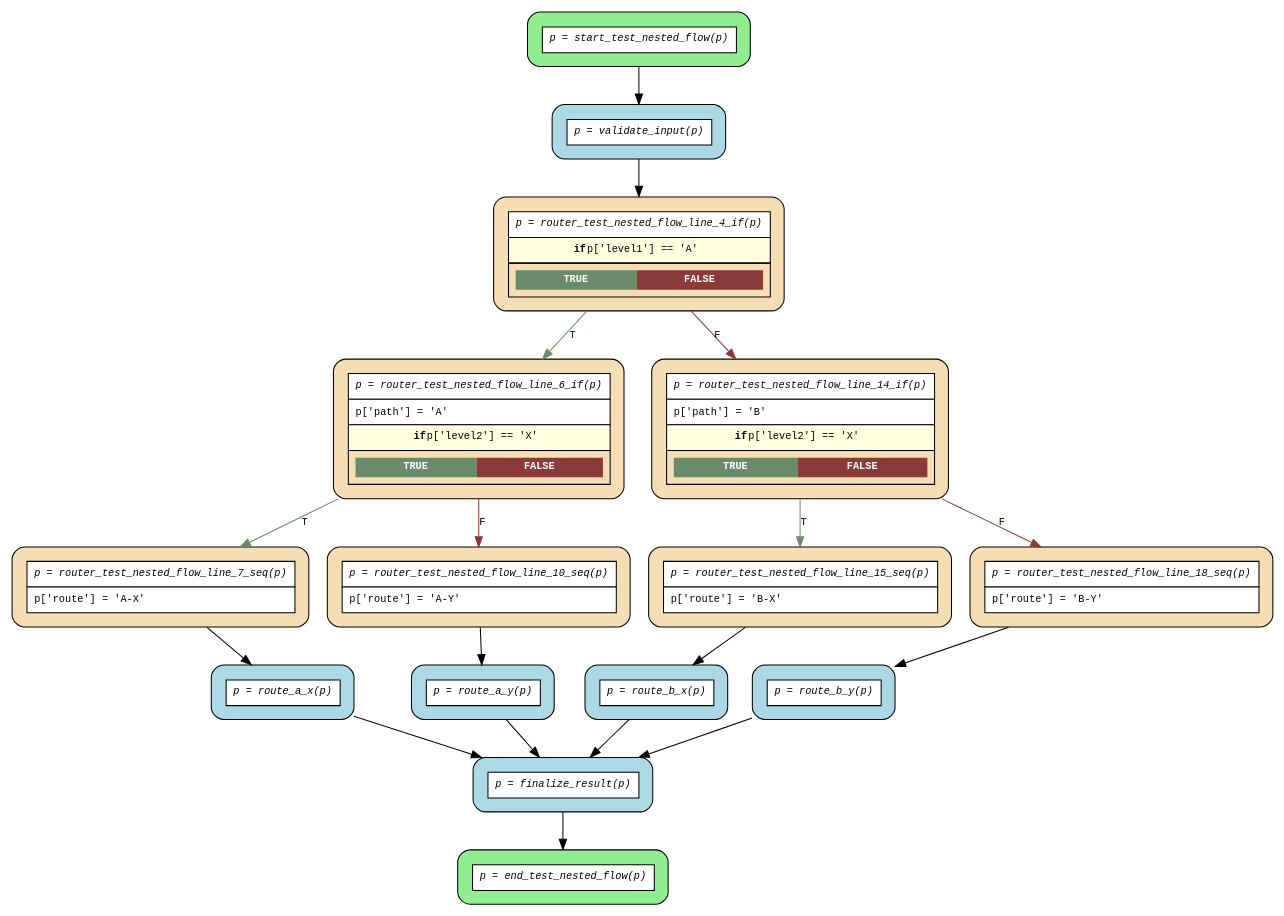
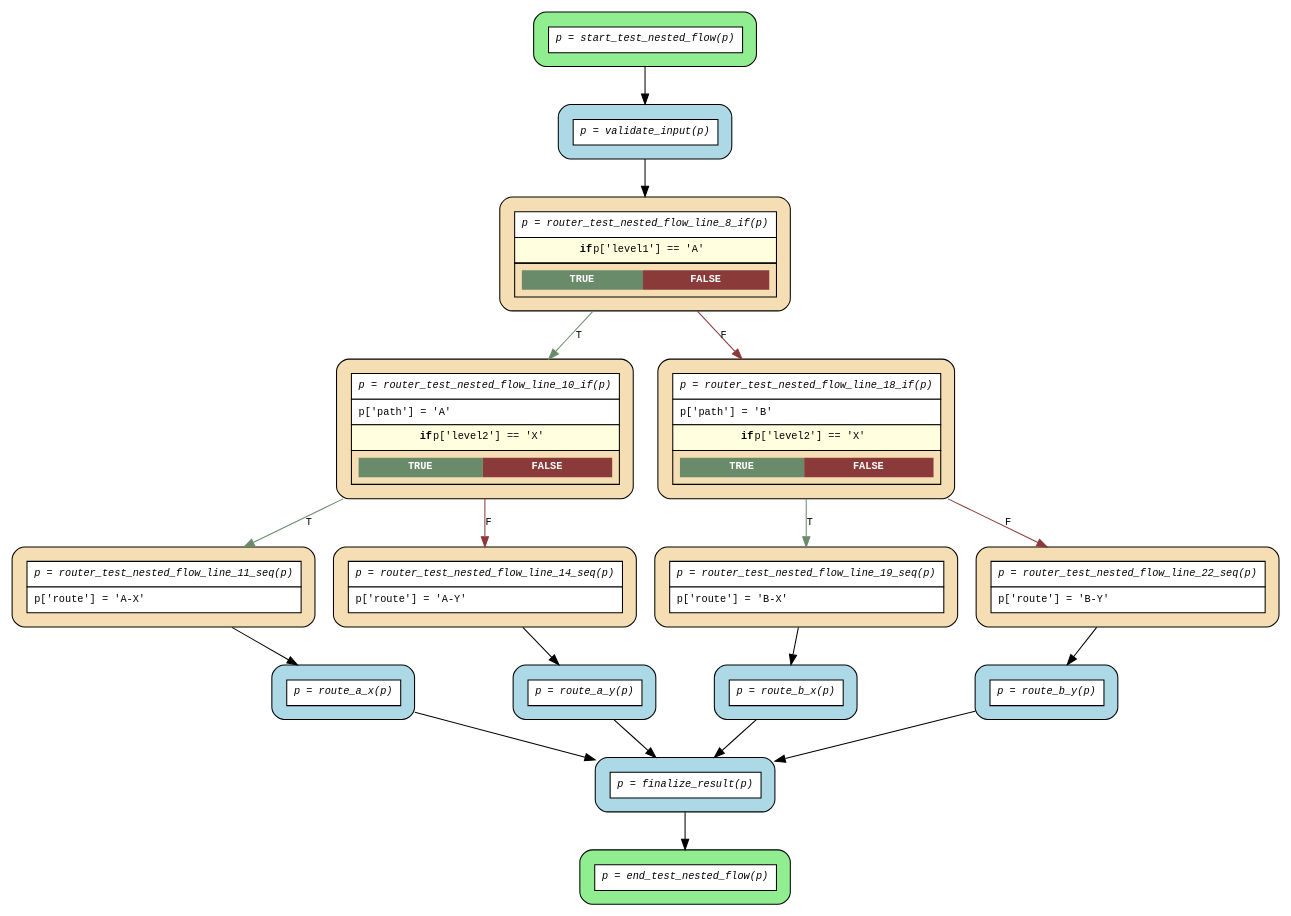
One commit to deliveryhero/asya changed the diagram in src/asya-testing/asya_testing/flows/nested_if/compiled/flow.dot. Above: the diagram before and after it, drawn with Graphviz. The commit also changed 252 other files, not shown here.

First line of the commit message:
fix(flow): add @flow decorator requirement to flow entry points

```diff
--- a/src/asya-testing/asya_testing/flows/nested_if/compiled/flow.dot
+++ b/src/asya-testing/asya_testing/flows/nested_if/compiled/flow.dot
@@ -1,40 +1,40 @@
 digraph flow {
   rankdir=TB;
   graph [fontname="Courier", fontsize=10];
   node [fontname="Courier", fontsize=10, shape=box, style="filled,rounded", margin="0.2"];
   edge [fontname="Courier", fontsize=10];
 
   start_test_nested_flow [fillcolor="lightgreen", group="main", label=<<table border="0" cellspacing="0" cellpadding="6" cellborder="1"><tr><td bgcolor="white" align="center"><i>p = start_test_nested_flow(p)</i></td></tr></table>>];
-  router_test_nested_flow_line_7_seq [fillcolor="wheat", group="main", label=<<table border="0" cellspacing="0" cellpadding="6" cellborder="1"><tr><td bgcolor="white" align="center"><i>p = router_test_nested_flow_line_7_seq(p)</i></td></tr><tr><td bgcolor="white" align="left">p['route'] = 'A-X'</td></tr></table>>];
-  router_test_nested_flow_line_10_seq [fillcolor="wheat", group="main", label=<<table border="0" cellspacing="0" cellpadding="6" cellborder="1"><tr><td bgcolor="white" align="center"><i>p = router_test_nested_flow_line_10_seq(p)</i></td></tr><tr><td bgcolor="white" align="left">p['route'] = 'A-Y'</td></tr></table>>];
-  router_test_nested_flow_line_6_if [fillcolor="wheat", group="main", label=<<table border="0" cellspacing="0" cellpadding="6" cellborder="1"><tr><td bgcolor="white" align="center"><i>p = router_test_nested_flow_line_6_if(p)</i></td></tr><tr><td bgcolor="white" align="left">p['path'] = 'A'</td></tr><tr><td bgcolor="lightyellow"><b>if</b> p['level2'] == 'X'</td></tr><tr><td><table border="0" cellspacing="0" cellpadding="4"><tr><td bgcolor="darkseagreen4"><font color="white"><b>TRUE</b></font></td><td bgcolor="indianred4"><font color="white"><b>FALSE</b></font></td></tr></table></td></tr></table>>];
-  router_test_nested_flow_line_15_seq [fillcolor="wheat", group="main", label=<<table border="0" cellspacing="0" cellpadding="6" cellborder="1"><tr><td bgcolor="white" align="center"><i>p = router_test_nested_flow_line_15_seq(p)</i></td></tr><tr><td bgcolor="white" align="left">p['route'] = 'B-X'</td></tr></table>>];
-  router_test_nested_flow_line_18_seq [fillcolor="wheat", group="main", label=<<table border="0" cellspacing="0" cellpadding="6" cellborder="1"><tr><td bgcolor="white" align="center"><i>p = router_test_nested_flow_line_18_seq(p)</i></td></tr><tr><td bgcolor="white" align="left">p['route'] = 'B-Y'</td></tr></table>>];
-  router_test_nested_flow_line_14_if [fillcolor="wheat", group="main", label=<<table border="0" cellspacing="0" cellpadding="6" cellborder="1"><tr><td bgcolor="white" align="center"><i>p = router_test_nested_flow_line_14_if(p)</i></td></tr><tr><td bgcolor="white" align="left">p['path'] = 'B'</td></tr><tr><td bgcolor="lightyellow"><b>if</b> p['level2'] == 'X'</td></tr><tr><td><table border="0" cellspacing="0" cellpadding="4"><tr><td bgcolor="darkseagreen4"><font color="white"><b>TRUE</b></font></td><td bgcolor="indianred4"><font color="white"><b>FALSE</b></font></td></tr></table></td></tr></table>>];
-  router_test_nested_flow_line_4_if [fillcolor="wheat", group="main", label=<<table border="0" cellspacing="0" cellpadding="6" cellborder="1"><tr><td bgcolor="white" align="center"><i>p = router_test_nested_flow_line_4_if(p)</i></td></tr><tr><td bgcolor="lightyellow"><b>if</b> p['level1'] == 'A'</td></tr><tr><td><table border="0" cellspacing="0" cellpadding="4"><tr><td bgcolor="darkseagreen4"><font color="white"><b>TRUE</b></font></td><td bgcolor="indianred4"><font color="white"><b>FALSE</b></font></td></tr></table></td></tr></table>>];
+  router_test_nested_flow_line_11_seq [fillcolor="wheat", group="main", label=<<table border="0" cellspacing="0" cellpadding="6" cellborder="1"><tr><td bgcolor="white" align="center"><i>p = router_test_nested_flow_line_11_seq(p)</i></td></tr><tr><td bgcolor="white" align="left">p['route'] = 'A-X'</td></tr></table>>];
+  router_test_nested_flow_line_14_seq [fillcolor="wheat", group="main", label=<<table border="0" cellspacing="0" cellpadding="6" cellborder="1"><tr><td bgcolor="white" align="center"><i>p = router_test_nested_flow_line_14_seq(p)</i></td></tr><tr><td bgcolor="white" align="left">p['route'] = 'A-Y'</td></tr></table>>];
+  router_test_nested_flow_line_10_if [fillcolor="wheat", group="main", label=<<table border="0" cellspacing="0" cellpadding="6" cellborder="1"><tr><td bgcolor="white" align="center"><i>p = router_test_nested_flow_line_10_if(p)</i></td></tr><tr><td bgcolor="white" align="left">p['path'] = 'A'</td></tr><tr><td bgcolor="lightyellow"><b>if</b> p['level2'] == 'X'</td></tr><tr><td><table border="0" cellspacing="0" cellpadding="4"><tr><td bgcolor="darkseagreen4"><font color="white"><b>TRUE</b></font></td><td bgcolor="indianred4"><font color="white"><b>FALSE</b></font></td></tr></table></td></tr></table>>];
+  router_test_nested_flow_line_19_seq [fillcolor="wheat", group="main", label=<<table border="0" cellspacing="0" cellpadding="6" cellborder="1"><tr><td bgcolor="white" align="center"><i>p = router_test_nested_flow_line_19_seq(p)</i></td></tr><tr><td bgcolor="white" align="left">p['route'] = 'B-X'</td></tr></table>>];
+  router_test_nested_flow_line_22_seq [fillcolor="wheat", group="main", label=<<table border="0" cellspacing="0" cellpadding="6" cellborder="1"><tr><td bgcolor="white" align="center"><i>p = router_test_nested_flow_line_22_seq(p)</i></td></tr><tr><td bgcolor="white" align="left">p['route'] = 'B-Y'</td></tr></table>>];
+  router_test_nested_flow_line_18_if [fillcolor="wheat", group="main", label=<<table border="0" cellspacing="0" cellpadding="6" cellborder="1"><tr><td bgcolor="white" align="center"><i>p = router_test_nested_flow_line_18_if(p)</i></td></tr><tr><td bgcolor="white" align="left">p['path'] = 'B'</td></tr><tr><td bgcolor="lightyellow"><b>if</b> p['level2'] == 'X'</td></tr><tr><td><table border="0" cellspacing="0" cellpadding="4"><tr><td bgcolor="darkseagreen4"><font color="white"><b>TRUE</b></font></td><td bgcolor="indianred4"><font color="white"><b>FALSE</b></font></td></tr></table></td></tr></table>>];
+  router_test_nested_flow_line_8_if [fillcolor="wheat", group="main", label=<<table border="0" cellspacing="0" cellpadding="6" cellborder="1"><tr><td bgcolor="white" align="center"><i>p = router_test_nested_flow_line_8_if(p)</i></td></tr><tr><td bgcolor="lightyellow"><b>if</b> p['level1'] == 'A'</td></tr><tr><td><table border="0" cellspacing="0" cellpadding="4"><tr><td bgcolor="darkseagreen4"><font color="white"><b>TRUE</b></font></td><td bgcolor="indianred4"><font color="white"><b>FALSE</b></font></td></tr></table></td></tr></table>>];
   end_test_nested_flow [fillcolor="lightgreen", group="main", label=<<table border="0" cellspacing="0" cellpadding="6" cellborder="1"><tr><td bgcolor="white" align="center"><i>p = end_test_nested_flow(p)</i></td></tr></table>>];
   finalize_result [fillcolor="lightblue", label=<<table border="0" cellspacing="0" cellpadding="6" cellborder="1"><tr><td bgcolor="white" align="center"><i>p = finalize_result(p)</i></td></tr></table>>];
   route_a_x [fillcolor="lightblue", label=<<table border="0" cellspacing="0" cellpadding="6" cellborder="1"><tr><td bgcolor="white" align="center"><i>p = route_a_x(p)</i></td></tr></table>>];
   route_a_y [fillcolor="lightblue", label=<<table border="0" cellspacing="0" cellpadding="6" cellborder="1"><tr><td bgcolor="white" align="center"><i>p = route_a_y(p)</i></td></tr></table>>];
   route_b_x [fillcolor="lightblue", label=<<table border="0" cellspacing="0" cellpadding="6" cellborder="1"><tr><td bgcolor="white" align="center"><i>p = route_b_x(p)</i></td></tr></table>>];
   route_b_y [fillcolor="lightblue", label=<<table border="0" cellspacing="0" cellpadding="6" cellborder="1"><tr><td bgcolor="white" align="center"><i>p = route_b_y(p)</i></td></tr></table>>];
   validate_input [fillcolor="lightblue", label=<<table border="0" cellspacing="0" cellpadding="6" cellborder="1"><tr><td bgcolor="white" align="center"><i>p = validate_input(p)</i></td></tr></table>>];
 
   finalize_result -> end_test_nested_flow;
   route_a_x -> finalize_result;
   route_a_y -> finalize_result;
   route_b_x -> finalize_result;
   route_b_y -> finalize_result;
-  router_test_nested_flow_line_10_seq -> route_a_y;
-  router_test_nested_flow_line_14_if -> router_test_nested_flow_line_15_seq [label="T", color=darkseagreen4];
-  router_test_nested_flow_line_14_if -> router_test_nested_flow_line_18_seq [label="F", color=indianred4];
-  router_test_nested_flow_line_15_seq -> route_b_x;
-  router_test_nested_flow_line_18_seq -> route_b_y;
-  router_test_nested_flow_line_4_if -> router_test_nested_flow_line_14_if [label="F", color=indianred4];
-  router_test_nested_flow_line_4_if -> router_test_nested_flow_line_6_if [label="T", color=darkseagreen4];
-  router_test_nested_flow_line_6_if -> router_test_nested_flow_line_10_seq [label="F", color=indianred4];
-  router_test_nested_flow_line_6_if -> router_test_nested_flow_line_7_seq [label="T", color=darkseagreen4];
-  router_test_nested_flow_line_7_seq -> route_a_x;
+  router_test_nested_flow_line_10_if -> router_test_nested_flow_line_11_seq [label="T", color=darkseagreen4];
+  router_test_nested_flow_line_10_if -> router_test_nested_flow_line_14_seq [label="F", color=indianred4];
+  router_test_nested_flow_line_11_seq -> route_a_x;
+  router_test_nested_flow_line_14_seq -> route_a_y;
+  router_test_nested_flow_line_18_if -> router_test_nested_flow_line_19_seq [label="T", color=darkseagreen4];
+  router_test_nested_flow_line_18_if -> router_test_nested_flow_line_22_seq [label="F", color=indianred4];
+  router_test_nested_flow_line_19_seq -> route_b_x;
+  router_test_nested_flow_line_22_seq -> route_b_y;
+  router_test_nested_flow_line_8_if -> router_test_nested_flow_line_10_if [label="T", color=darkseagreen4];
+  router_test_nested_flow_line_8_if -> router_test_nested_flow_line_18_if [label="F", color=indianred4];
   start_test_nested_flow -> validate_input;
-  validate_input -> router_test_nested_flow_line_4_if;
+  validate_input -> router_test_nested_flow_line_8_if;
 }
```
